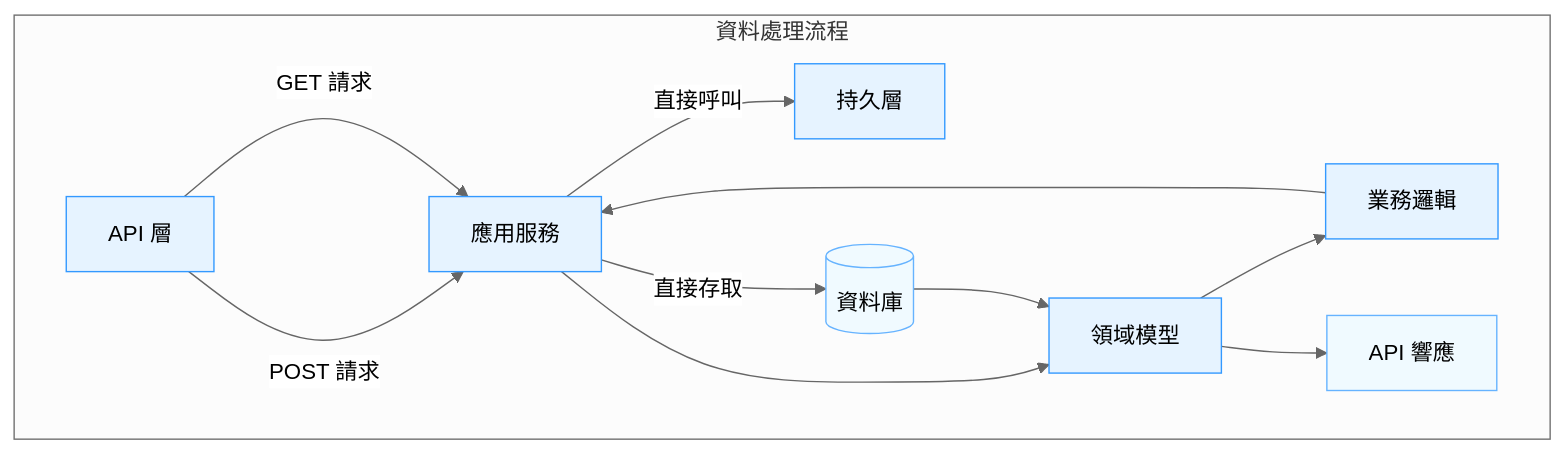
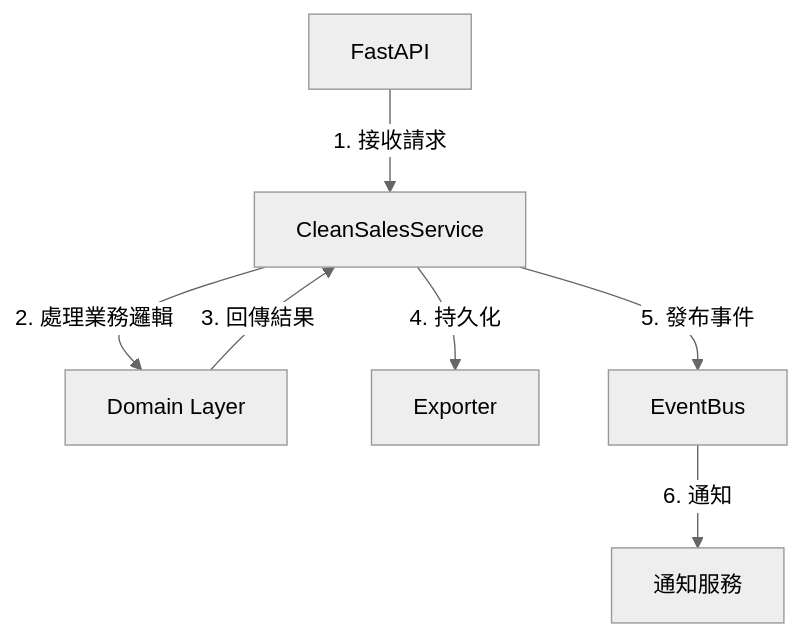
The second of 7 diagrams in docs/structure.md (gurumfj/date-calculator-htmx), drawn with Mermaid (neutral theme) before and after one commit. The commit also changed other lines of this file, not shown here.

First line of the commit message:
Update system architecture documentation with comprehensive layered design overview

````diff
--- a/docs/structure.md
+++ b/docs/structure.md
@@ -164,20 +107,9 @@
 ```mermaid
 flowchart TD
-    subgraph Data_Flow[資料處理流程]
-        direction LR
-        APILayer[API 層] -->|POST 請求| AppService[應用服務]
-        AppService --> Domain[領域模型]
-        AppService -->|直接呼叫| Persistence[持久層]
-        Domain --> Business[業務邏輯]
-        Business --> AppService
-        APILayer -->|GET 請求| AppService
-        AppService -->|直接存取| Database[(資料庫)]
-        Database --> Domain
-        Domain --> Response[API 響應]
-    end
-    
-    classDef layer fill:#e6f3ff,stroke:#3399ff;
-    classDef data fill:#f0faff,stroke:#66b3ff;
-    class APILayer,AppService,Domain,Business,Persistence layer
-    class Database,Response data
+    API[FastAPI] -->|1. 接收請求| Service[CleanSalesService]
+    Service -->|2. 處理業務邏輯| Domain[Domain Layer]
+    Domain -->|3. 回傳結果| Service
+    Service -->|4. 持久化| Exporter[Exporter]
+    Service -->|5. 發布事件| EventBus[EventBus]
+    EventBus -->|6. 通知| Notification[通知服務]
 ```
````
